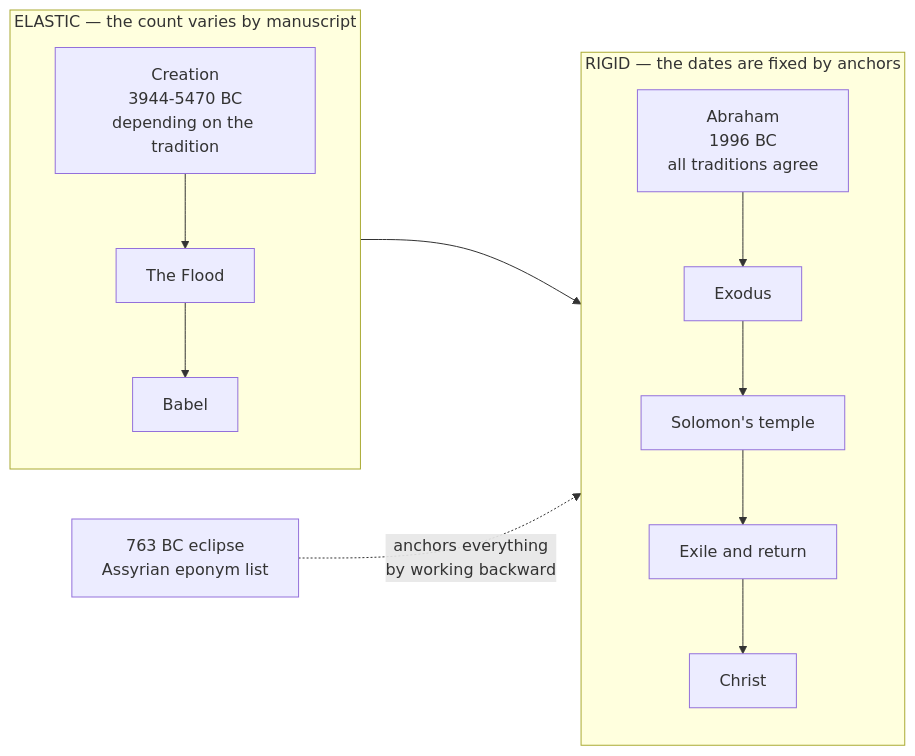
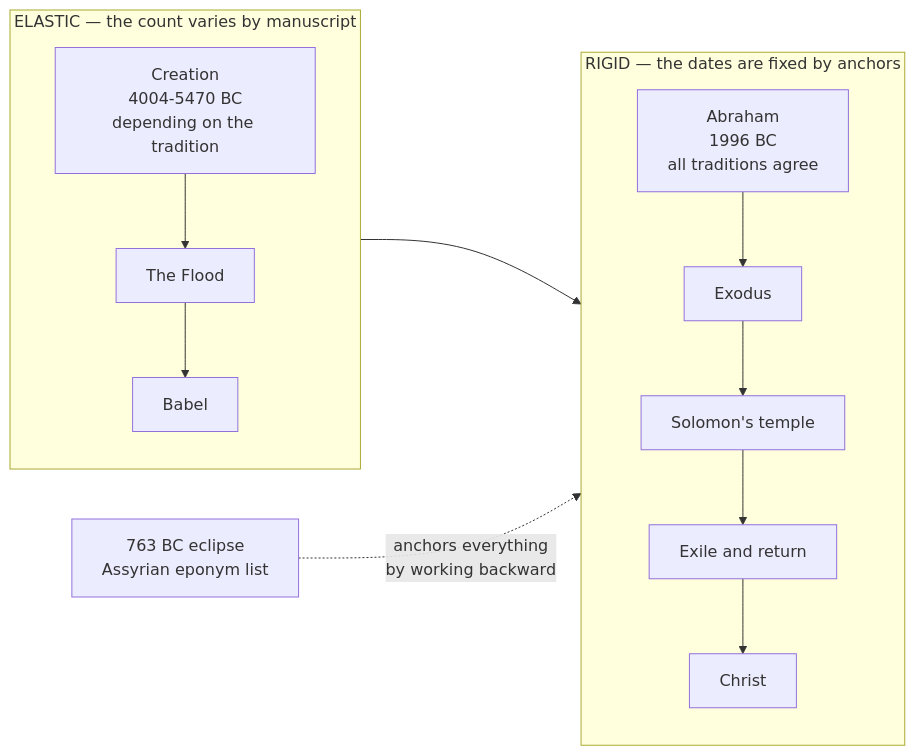
The first of 3 diagrams in docs/content/last-things/combined-timeline.md (ding0t/bible_studies), drawn with Mermaid before and after one commit. The commit also changed other lines of this file and 23 other files, not shown here.

````diff
--- a/docs/content/last-things/combined-timeline.md
+++ b/docs/content/last-things/combined-timeline.md
@@ -40,13 +40,13 @@
 ```mermaid
 flowchart LR
     subgraph E["ELASTIC — the count varies by manuscript"]
         direction TB
-        A["Creation<br/>3944-5470 BC<br/>depending on the tradition"] --> B["The Flood"] --> C["Babel"]
+        A["Creation<br/>4004-5470 BC<br/>depending on the tradition"] --> B["The Flood"] --> C["Babel"]
     end
     subgraph R["RIGID — the dates are fixed by anchors"]
         direction TB
         D["Abraham<br/>1996 BC<br/>all traditions agree"] --> F["Exodus"] --> G["Solomon's temple"] --> H["Exile and return"] --> I["Christ"]
     end
     E --> R
     J["763 BC eclipse<br/>Assyrian eponym list"] -.->|"anchors everything<br/>by working backward"| R
 ```
````
